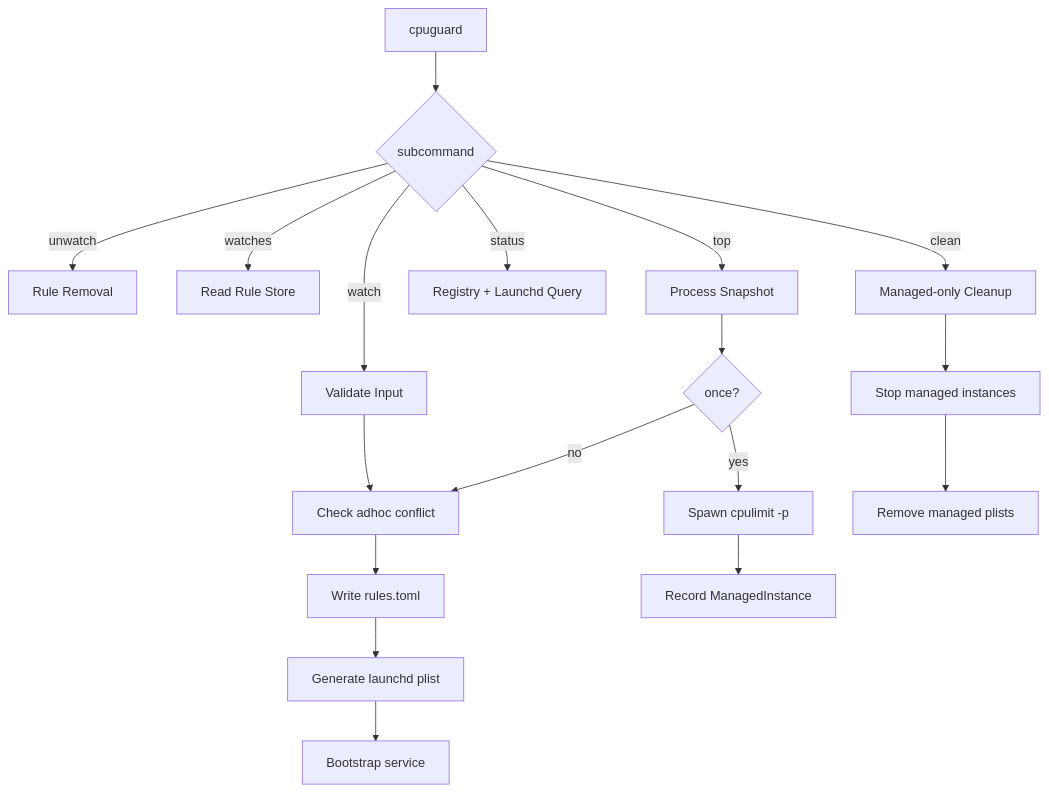
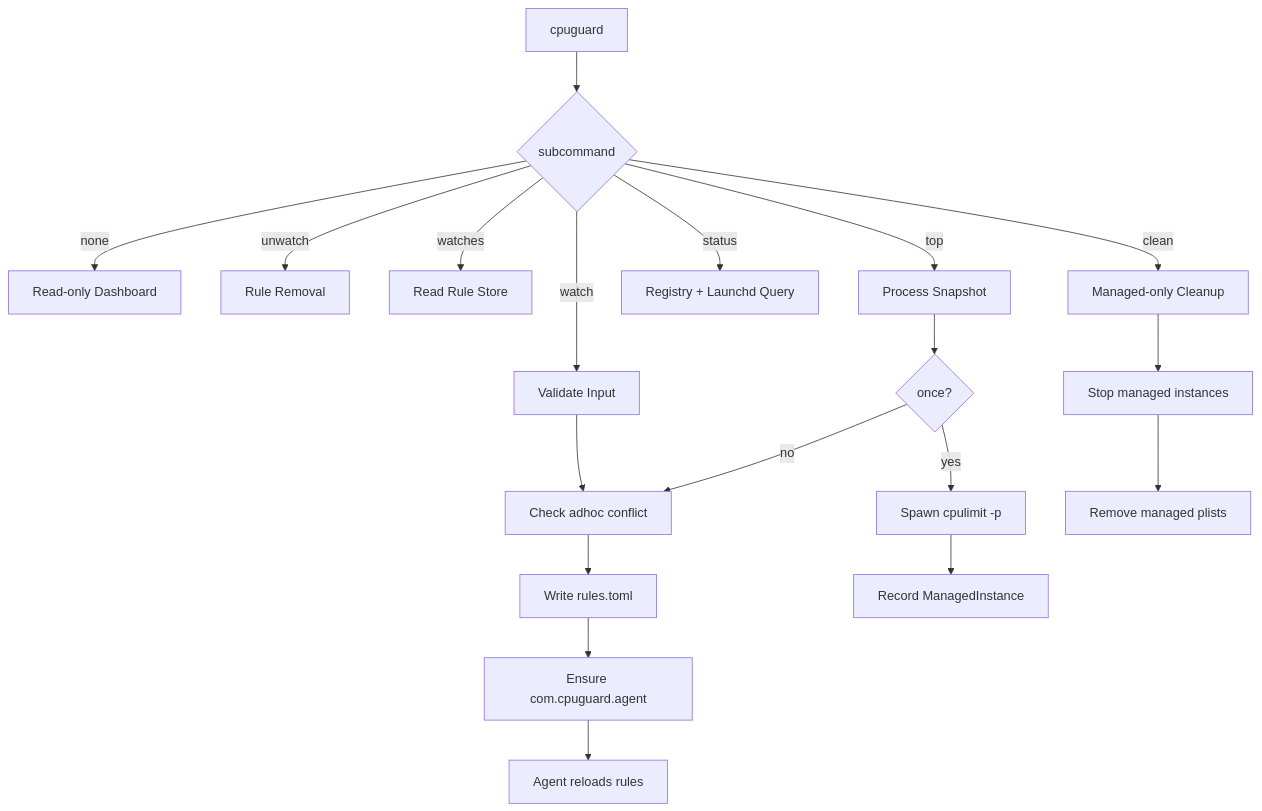
The first of 2 diagrams in docs/01-product-behavior.md (hxy91819/cpuguard), drawn with Mermaid before and after one commit. The commit also changed other lines of this file and 21 other files, not shown here.

````diff
--- a/docs/01-product-behavior.md
+++ b/docs/01-product-behavior.md
@@ -42,21 +50,22 @@
 ```mermaid
 flowchart TD
     A[cpuguard] --> B{subcommand}
+    B -->|none| R[Read-only Dashboard]
     B -->|watch| C[Validate Input]
     B -->|unwatch| D[Rule Removal]
     B -->|watches| E[Read Rule Store]
     B -->|top| F[Process Snapshot]
     B -->|status| G[Registry + Launchd Query]
     B -->|clean| H[Managed-only Cleanup]
 
     C --> I[Check adhoc conflict]
     I --> J[Write rules.toml]
-    J --> K[Generate launchd plist]
-    K --> L[Bootstrap service]
+    J --> K[Ensure com.cpuguard.agent]
+    K --> L[Agent reloads rules]
     F --> M{once?}
     M -->|no| I
     M -->|yes| N[Spawn cpulimit -p]
     N --> O[Record ManagedInstance]
     H --> P[Stop managed instances]
     P --> Q[Remove managed plists]
 ```
````
